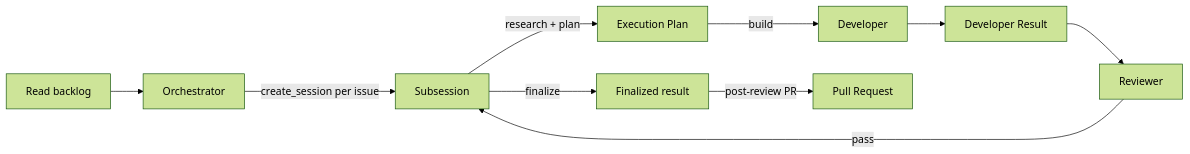
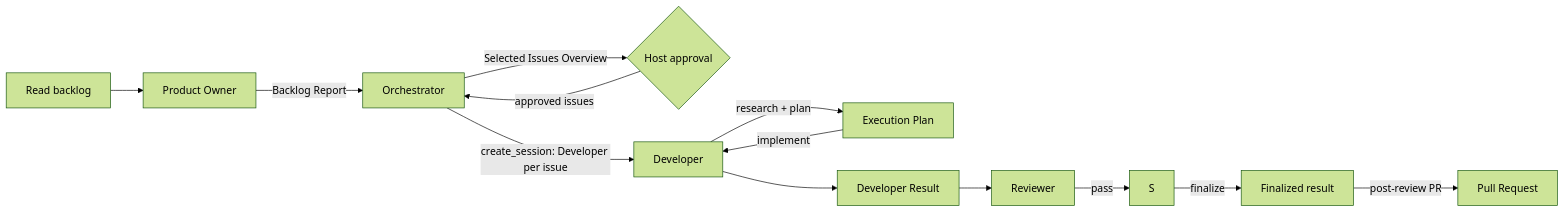
One commit to lfarci/loganfarci.com changed the diagram in docs/agents/simple-delivery.md. Above: the diagram before and after it, drawn with Mermaid (forest theme). The commit also changed other lines of this file and 4 other files, not shown here.

````diff
--- a/docs/agents/simple-delivery.md
+++ b/docs/agents/simple-delivery.md
@@ -47,12 +50,15 @@
 ```mermaid
 flowchart LR
-    B[Read backlog] --> O[Orchestrator]
-        O -->|create_session per issue| S[Subsession]
-    S -->|research + plan| P[Execution Plan]
-    P -->|build| D[Developer]
+    B[Read backlog] --> PO[Product Owner]
+    PO -->|Backlog Report| O[Orchestrator]
+    O -->|Selected Issues Overview| A{Host approval}
+    A -->|approved issues| O
+    O -->|create_session: Developer per issue| D[Developer]
+    D -->|research + plan| P[Execution Plan]
+    P -->|implement| D
     D --> R[Developer Result]
     R --> V[Reviewer]
     V -->|pass| S
     S -->|finalize| F[Finalized result]
     F -->|post-review PR| PR[Pull Request]
 ```
````
